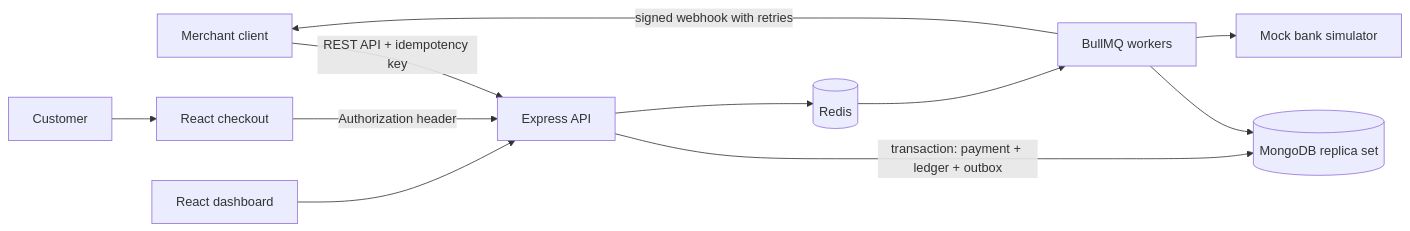
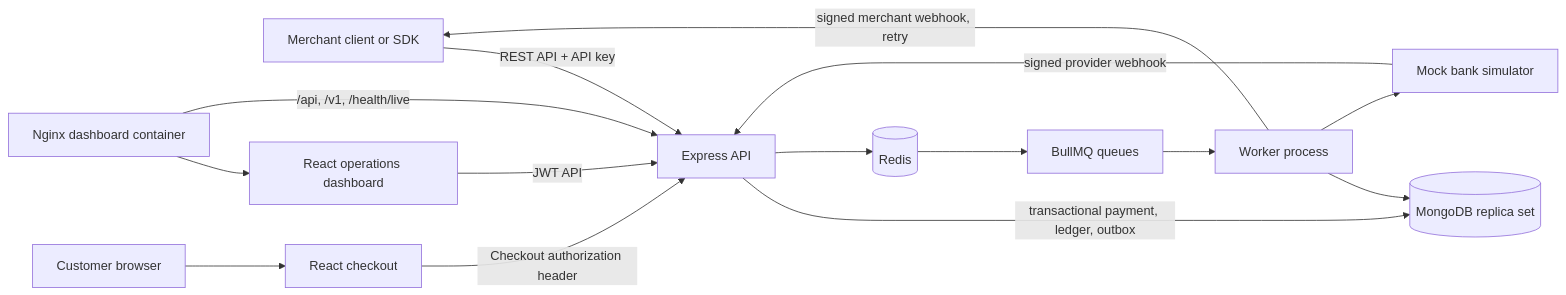
Before and after one commit to Adityaraj-r/PayOps: the first of 2 diagrams in README.md, drawn with Mermaid. The commit also changed other lines of this file, not shown here.

````diff
--- a/README.md
+++ b/README.md
@@ -15,13 +24,17 @@
 ```mermaid
 flowchart LR
-  Merchant[Merchant client] -->|REST API + idempotency key| API[Express API]
-  Customer[Customer] --> Checkout[React checkout]
-  Checkout -->|Authorization header| API
-  API -->|transaction: payment + ledger + outbox| Mongo[(MongoDB replica set)]
+  Merchant[Merchant client or SDK] -->|REST API + API key| API[Express API]
+  Browser[Customer browser] --> Checkout[React checkout]
+  Dashboard[React operations dashboard] -->|JWT API| API
+  Checkout -->|Checkout authorization header| API
+  API -->|transactional payment, ledger, outbox| Mongo[(MongoDB replica set)]
   API --> Redis[(Redis)]
-  Redis --> Worker[BullMQ workers]
+  Redis --> Queue[BullMQ queues]
+  Queue --> Worker[Worker process]
   Worker --> Mongo
   Worker --> Mock[Mock bank simulator]
-  Worker -->|signed webhook with retries| Merchant
-  Dashboard[React dashboard] --> API
+  Mock -->|signed provider webhook| API
+  Worker -->|signed merchant webhook, retry| Merchant
+  Nginx[Nginx dashboard container] --> Dashboard
+  Nginx -->|/api, /v1, /health/live| API
 ```
````
